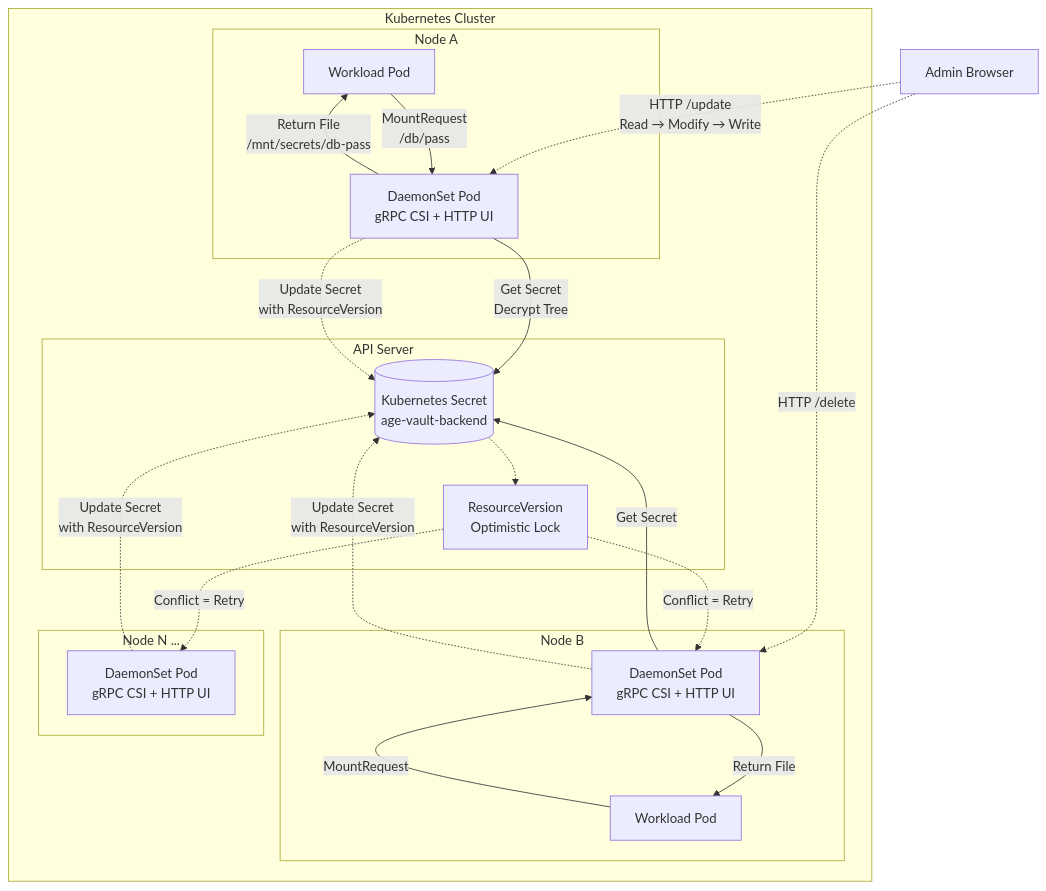
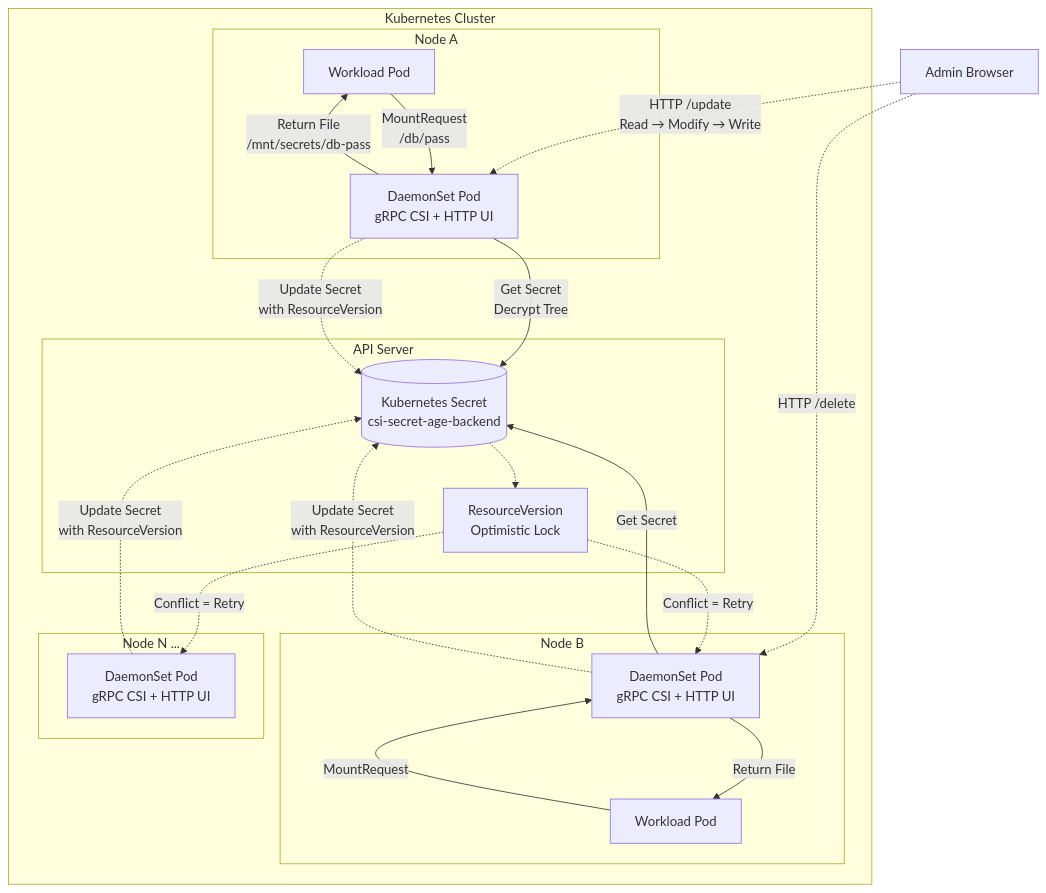
One commit to akhenakh/csi-secret-age changed the diagram in README.md. Above: the diagram before and after it, drawn with Mermaid. The commit also changed other lines of this file and 9 other files, not shown here.

Commit message:
use the name csi-secret-age consistenly

````diff
--- a/README.md
+++ b/README.md
@@ -29,42 +29,42 @@
 ```mermaid
 flowchart TB
     subgraph K8sCluster["Kubernetes Cluster"]
         subgraph NodeA["Node A"]
             PodA1["Workload Pod"]
             DS_A["DaemonSet Pod<br/>gRPC CSI + HTTP UI"]
         end
 
         subgraph NodeB["Node B"]
             PodB1["Workload Pod"]
             DS_B["DaemonSet Pod<br/>gRPC CSI + HTTP UI"]
         end
 
         subgraph NodeC["Node N ..."]
             DS_C["DaemonSet Pod<br/>gRPC CSI + HTTP UI"]
         end
 
         subgraph APIServer["API Server"]
-            Secret[("Kubernetes Secret<br/>age-vault-backend")]
+            Secret[("Kubernetes Secret<br/>csi-secret-age-backend")]
             RV["ResourceVersion<br/>Optimistic Lock"]
         end
     end
 
     Admin["Admin Browser"] -. "HTTP /update<br/>Read → Modify → Write" .-> DS_A
     Admin -. "HTTP /delete" .-> DS_B
 
     PodA1 -->|"MountRequest<br/>/db/pass"| DS_A
     DS_A -->|"Get Secret<br/>Decrypt Tree"| Secret
     DS_A -->|"Return File<br/>/mnt/secrets/db-pass"| PodA1
 
     PodB1 -->|"MountRequest"| DS_B
     DS_B -->|"Get Secret"| Secret
     DS_B -->|"Return File"| PodB1
 
     DS_A -. "Update Secret<br/>with ResourceVersion" .-> Secret
     DS_B -. "Update Secret<br/>with ResourceVersion" .-> Secret
     DS_C -. "Update Secret<br/>with ResourceVersion" .-> Secret
 
     Secret -.-> RV
     RV -. "Conflict = Retry" .-> DS_B
     RV -. "Conflict = Retry" .-> DS_C
 ```
````
